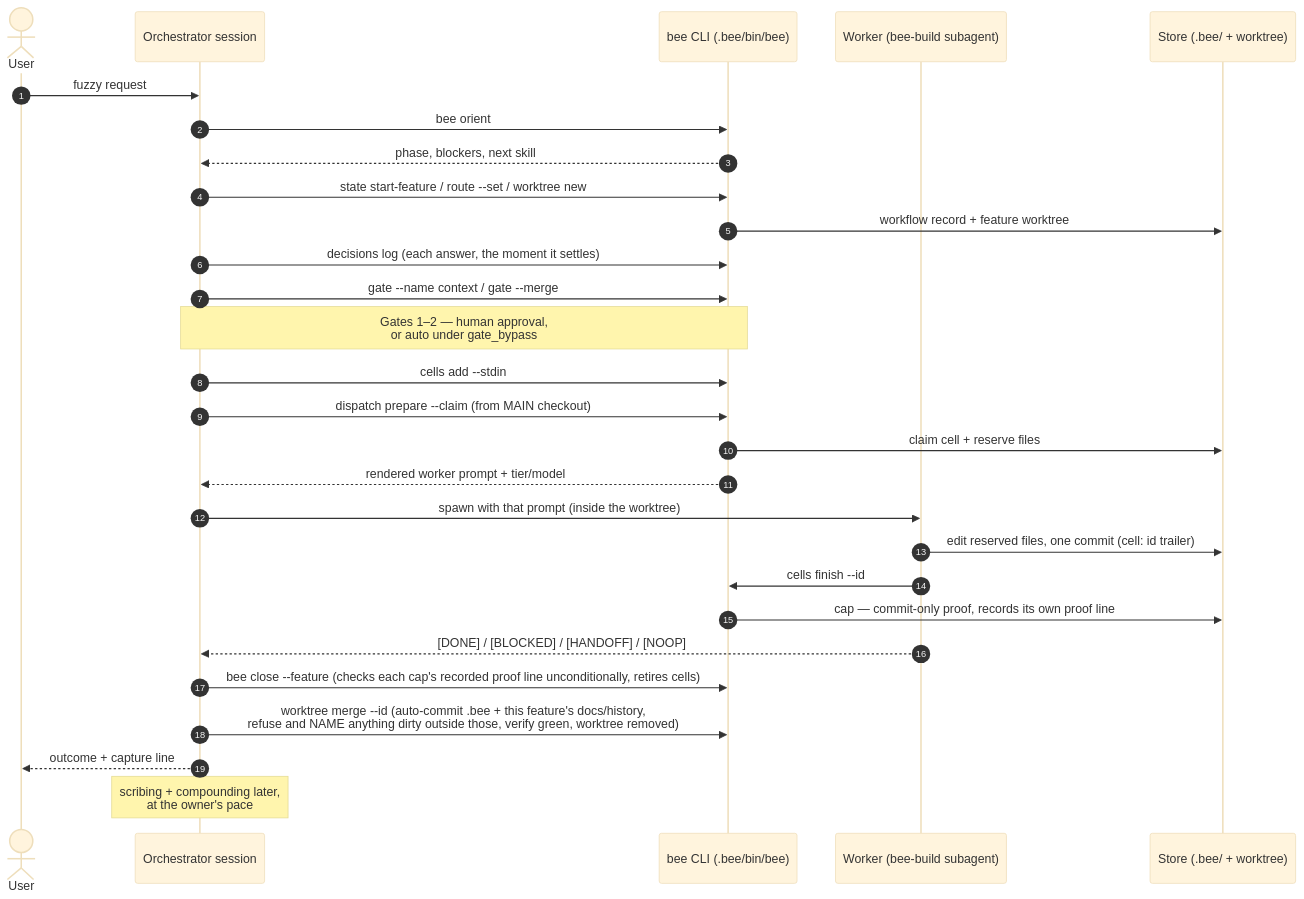
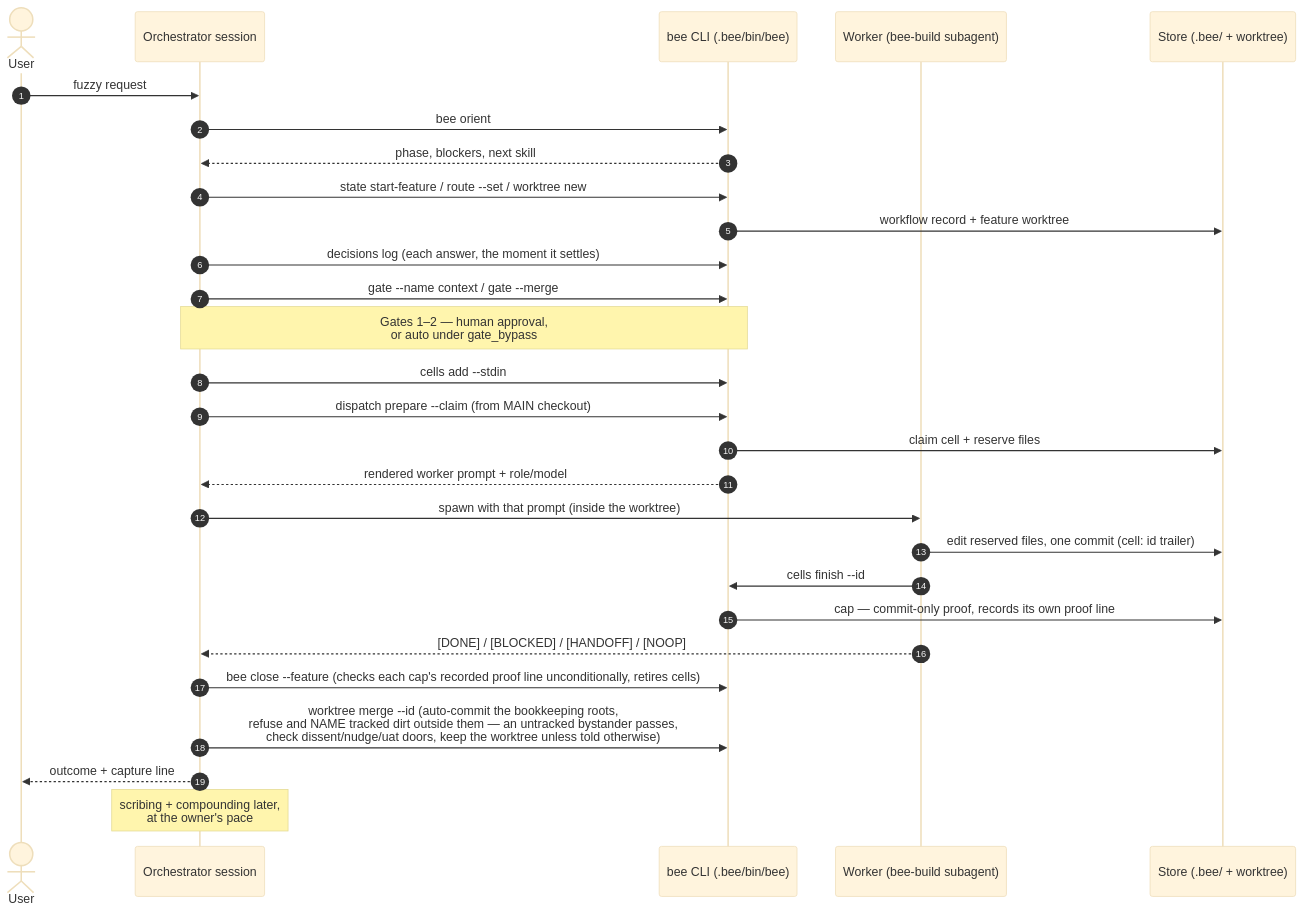
One commit to thanhsmind/beehive changed the third of 6 diagrams in docs/handbook/architecture-map.md. Above: the diagram before and after it, drawn with Mermaid (base theme). The commit also changed other lines of this file and 14 other files, not shown here.

````diff
--- a/docs/handbook/architecture-map.md
+++ b/docs/handbook/architecture-map.md
@@ -124,31 +124,31 @@
 ```mermaid
 sequenceDiagram
     autonumber
     actor U as User
     participant O as Orchestrator session
     participant B as bee CLI (.bee/bin/bee)
     participant W as Worker (bee-build subagent)
     participant S as Store (.bee/ + worktree)
 
     U->>O: fuzzy request
     O->>B: bee orient
     B-->>O: phase, blockers, next skill
     O->>B: state start-feature / route --set / worktree new
     B->>S: workflow record + feature worktree
     O->>B: decisions log (each answer, the moment it settles)
     O->>B: gate --name context / gate --merge
     Note over O,B: Gates 1–2 — human approval,<br/>or auto under gate_bypass
     O->>B: cells add --stdin
     O->>B: dispatch prepare --claim (from MAIN checkout)
     B->>S: claim cell + reserve files
-    B-->>O: rendered worker prompt + tier/model
+    B-->>O: rendered worker prompt + role/model
     O->>W: spawn with that prompt (inside the worktree)
     W->>S: edit reserved files, one commit (cell: id trailer)
     W->>B: cells finish --id
     B->>S: cap — commit-only proof, records its own proof line
     W-->>O: [DONE] / [BLOCKED] / [HANDOFF] / [NOOP]
     O->>B: bee close --feature (checks each cap's recorded proof line unconditionally, retires cells)
-    O->>B: worktree merge --id (auto-commit .bee + this feature's docs/history,<br/>refuse and NAME anything dirty outside those, verify green, worktree removed)
+    O->>B: worktree merge --id (auto-commit the bookkeeping roots,<br/>refuse and NAME tracked dirt outside them — an untracked bystander passes,<br/>check dissent/nudge/uat doors, keep the worktree unless told otherwise)
     O-->>U: outcome + capture line
     Note over O: scribing + compounding later,<br/>at the owner's pace
 ```
````
